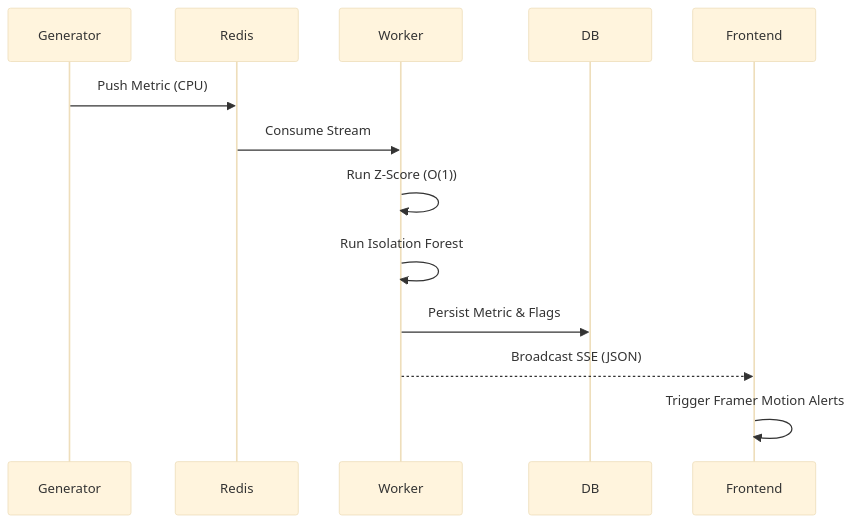
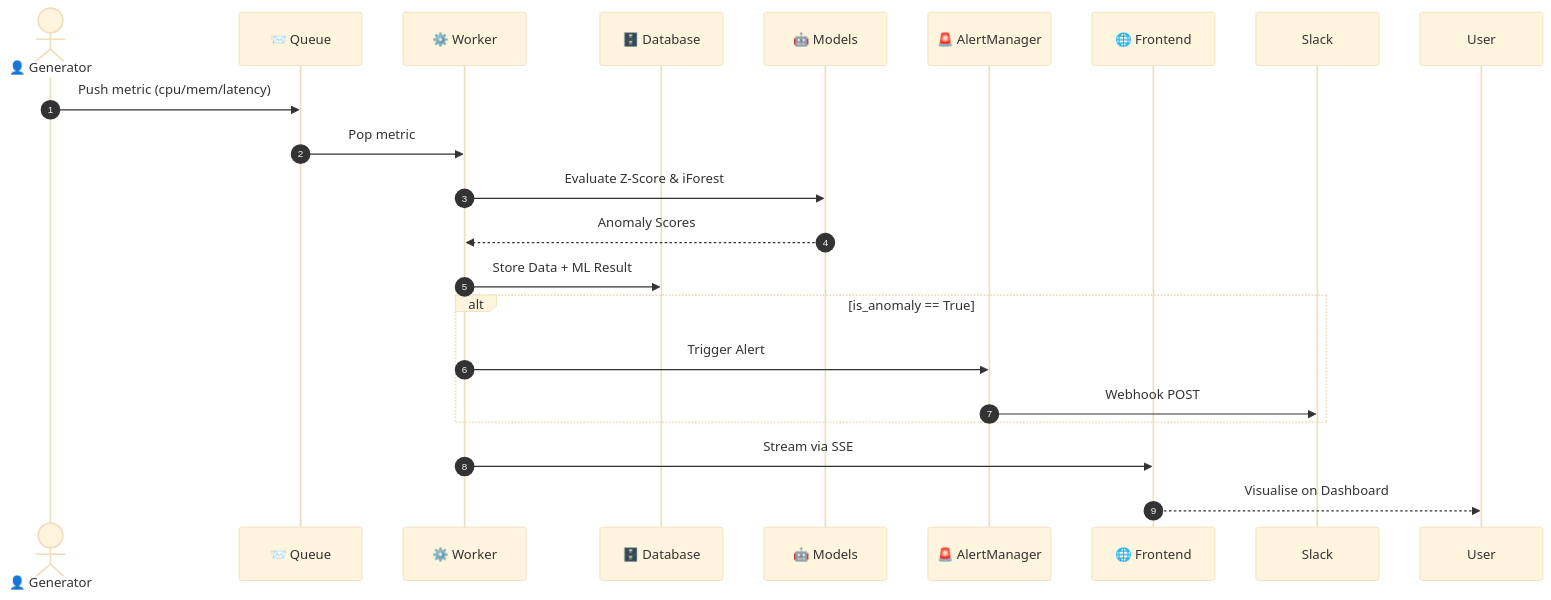
Before and after one commit to Shikhar-Kesharwani/chronoshield: the second of 3 diagrams in README.md, drawn with Mermaid (base theme). The commit also changed other lines of this file, not shown here.

````diff
--- a/README.md
+++ b/README.md
@@ -51,16 +154,25 @@
 ```mermaid
 sequenceDiagram
-    participant Generator
-    participant Redis
-    participant Worker
-    participant DB
-    participant Frontend
+    autonumber
+    actor U as 👤 Generator
+    participant Q as 📨 Queue
+    participant W as ⚙️ Worker
+    participant DB as 🗄️ Database
+    participant ML as 🤖 Models
+    participant A as 🚨 AlertManager
+    participant F as 🌐 Frontend
+
+    U->>Q: Push metric (cpu/mem/latency)
+    Q->>W: Pop metric
+    W->>ML: Evaluate Z-Score & iForest
+    ML-->>W: Anomaly Scores
+    W->>DB: Store Data + ML Result
     
-    Generator->>Redis: Push Metric (CPU)
-    Redis->>Worker: Consume Stream
-    Worker->>Worker: Run Z-Score (O(1))
-    Worker->>Worker: Run Isolation Forest
-    Worker->>DB: Persist Metric & Flags
-    Worker-->>Frontend: Broadcast SSE (JSON)
-    Frontend->>Frontend: Trigger Framer Motion Alerts
+    alt is_anomaly == True
+        W->>A: Trigger Alert
+        A->>Slack: Webhook POST
+    end
+    
+    W->>F: Stream via SSE
+    F-->>User: Visualise on Dashboard
 ```
````
